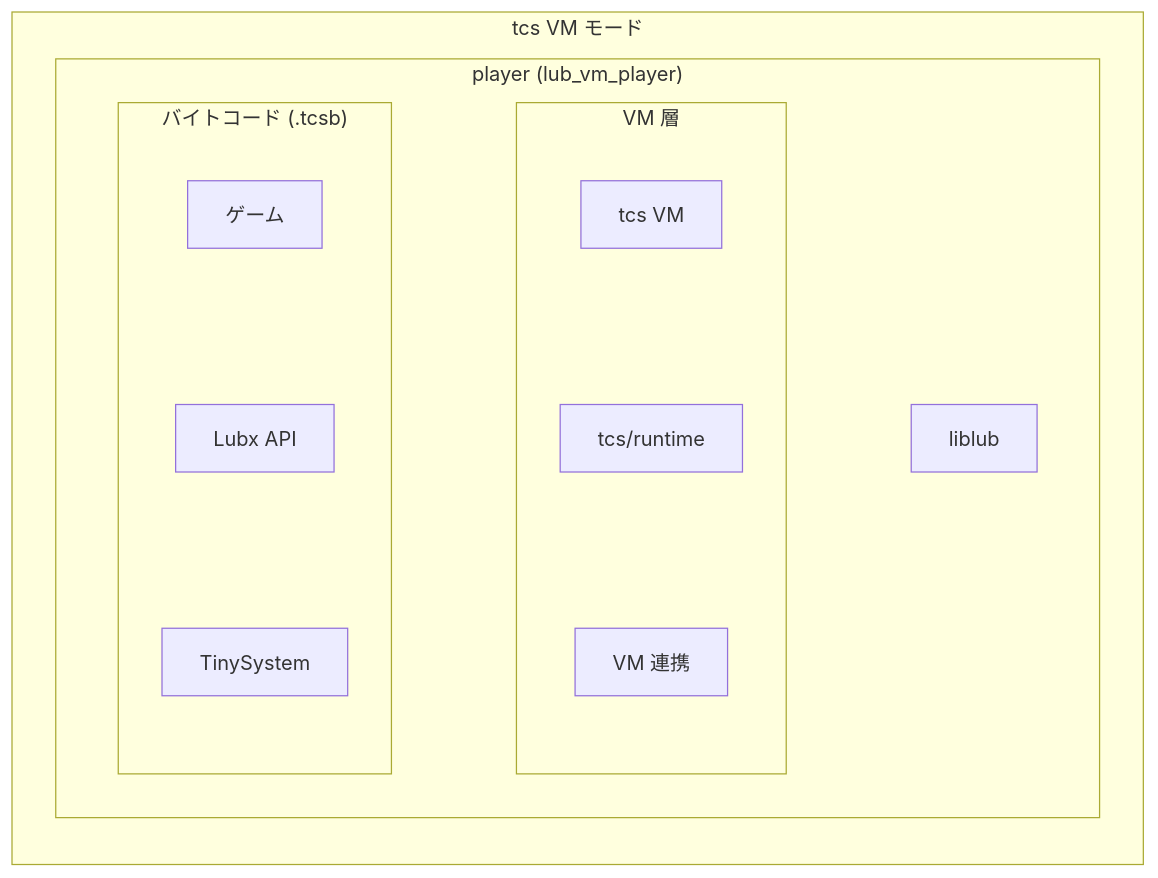
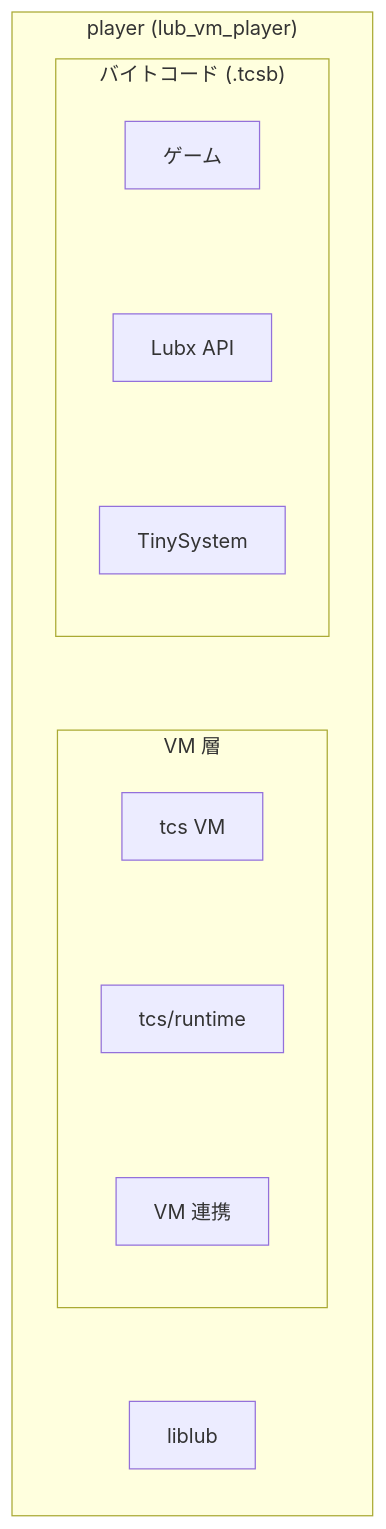
One commit to neguse/lub changed the first of 3 diagrams in docs/develop.md. Above: the diagram before and after it, drawn with Mermaid. The commit also changed other lines of this file, not shown here.

Commit message:
docs/develop.md の各実行モードに説明を足し、図の外枠を整理する

````diff
--- a/docs/develop.md
+++ b/docs/develop.md
@@ -16,17 +22,15 @@
 ```mermaid
 flowchart LR
-    subgraph vm["tcs VM モード"]
-        subgraph vm_bin["player (lub_vm_player)"]
-            subgraph vm_mod["バイトコード (.tcsb)"]
-                direction TB
-                vm_game["ゲーム"] ~~~ vm_lubx["Lubx API"] ~~~ vm_ts["TinySystem"]
-            end
-            subgraph vm_core["VM 層"]
-                direction TB
-                vm_vm["tcs VM"] ~~~ vm_rt["tcs/runtime"] ~~~ vm_glue["VM 連携"]
-            end
-            vm_lib["liblub"]
-            vm_mod ~~~ vm_core ~~~ vm_lib
+    subgraph vm_bin["player (lub_vm_player)"]
+        subgraph vm_mod["バイトコード (.tcsb)"]
+            direction TB
+            vm_game["ゲーム"] ~~~ vm_lubx["Lubx API"] ~~~ vm_ts["TinySystem"]
         end
+        subgraph vm_core["VM 層"]
+            direction TB
+            vm_vm["tcs VM"] ~~~ vm_rt["tcs/runtime"] ~~~ vm_glue["VM 連携"]
+        end
+        vm_lib["liblub"]
+        vm_mod ~~~ vm_core ~~~ vm_lib
     end
 ```
````
